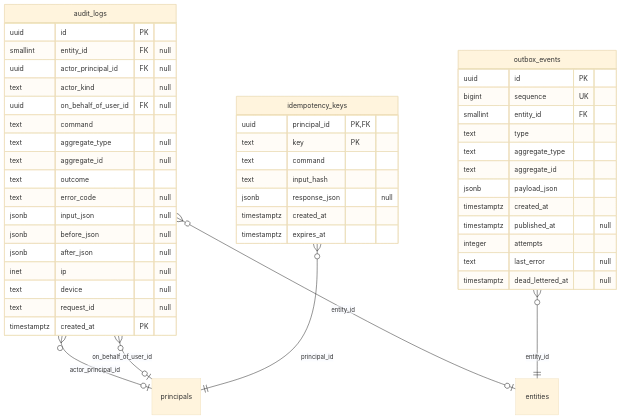
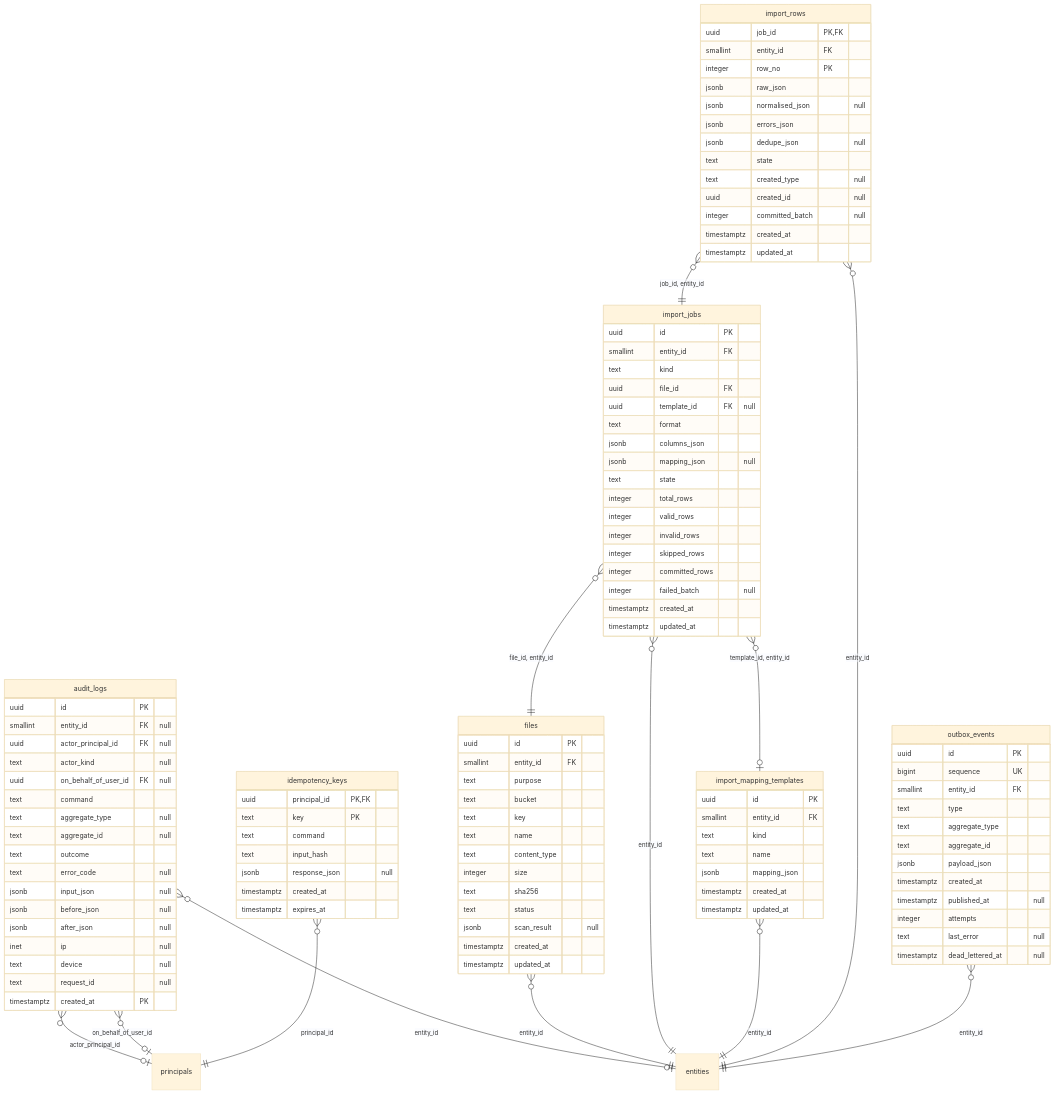
Before and after one commit to techaust/shakti_prime: the fifth of 5 diagrams in docs/data/ERD.md, drawn with Mermaid (base theme). The commit also changed other lines of this file and 4 other files, not shown here.

Commit message:
docs(imports): the design's Built line, DATABASE rows for the import tables, API §3.6, regenerated data docs

````diff
--- a/docs/data/ERD.md
+++ b/docs/data/ERD.md
@@ -472,6 +472,21 @@
     text request_id "null"
     timestamptz created_at PK
   }
+  files {
+    uuid id PK
+    smallint entity_id FK
+    text purpose
+    text bucket
+    text key
+    text name
+    text content_type
+    integer size
+    text sha256
+    text status
+    jsonb scan_result "null"
+    timestamptz created_at
+    timestamptz updated_at
+  }
   idempotency_keys {
     uuid principal_id PK, FK
     text key PK
@@ -480,6 +495,49 @@
     jsonb response_json "null"
     timestamptz created_at
     timestamptz expires_at
+  }
+  import_jobs {
+    uuid id PK
+    smallint entity_id FK
+    text kind
+    uuid file_id FK
+    uuid template_id FK "null"
+    text format
+    jsonb columns_json
+    jsonb mapping_json "null"
+    text state
+    integer total_rows
+    integer valid_rows
+    integer invalid_rows
+    integer skipped_rows
+    integer committed_rows
+    integer failed_batch "null"
+    timestamptz created_at
+    timestamptz updated_at
+  }
+  import_mapping_templates {
+    uuid id PK
+    smallint entity_id FK
+    text kind
+    text name
+    jsonb mapping_json
+    timestamptz created_at
+    timestamptz updated_at
+  }
+  import_rows {
+    uuid job_id PK, FK
+    smallint entity_id FK
+    integer row_no PK
+    jsonb raw_json
+    jsonb normalised_json "null"
+    jsonb errors_json
+    jsonb dedupe_json "null"
+    text state
+    text created_type "null"
+    uuid created_id "null"
+    integer committed_batch "null"
+    timestamptz created_at
+    timestamptz updated_at
   }
   outbox_events {
     uuid id PK
@@ -498,6 +556,13 @@
   audit_logs }o--o| principals : "actor_principal_id"
   audit_logs }o--o| entities : "entity_id"
   audit_logs }o--o| principals : "on_behalf_of_user_id"
+  files }o--|| entities : "entity_id"
   idempotency_keys }o--|| principals : "principal_id"
+  import_jobs }o--|| entities : "entity_id"
+  import_jobs }o--|| files : "file_id, entity_id"
+  import_jobs }o--o| import_mapping_templates : "template_id, entity_id"
+  import_mapping_templates }o--|| entities : "entity_id"
+  import_rows }o--|| entities : "entity_id"
+  import_rows }o--|| import_jobs : "job_id, entity_id"
   outbox_events }o--|| entities : "entity_id"
 ```
````
